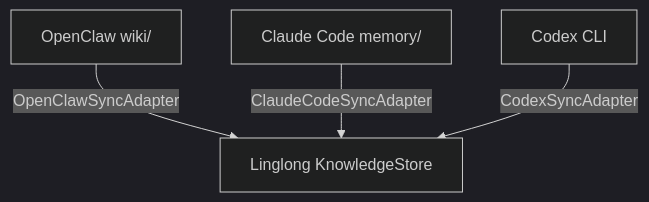
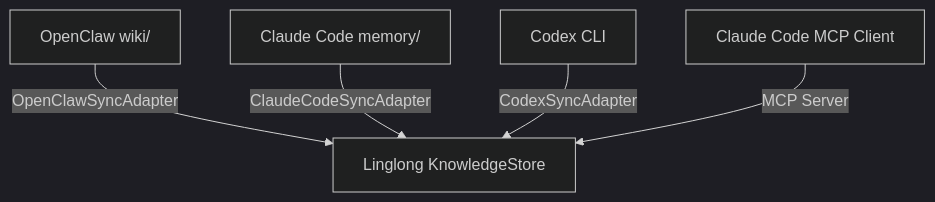
Before and after one commit to xinovate/linglong-knowledge: the sixth of 6 diagrams in docs/architecture.md, drawn with Mermaid (dark theme). The commit also changed other lines of this file and 3 other files, not shown here.

First line of the commit message:
docs: 更新 MCP Server 相关文档（PROJECT_OVERVIEW、api、architecture、doc-map）

````diff
--- a/docs/architecture.md
+++ b/docs/architecture.md
@@ -255,6 +255,7 @@
 ```mermaid
 graph TD
     A[OpenClaw wiki/] -->|OpenClawSyncAdapter| D[Linglong KnowledgeStore]
     B[Claude Code memory/] -->|ClaudeCodeSyncAdapter| D
     C[Codex CLI] -->|CodexSyncAdapter| D
+    E[Claude Code MCP Client] -->|MCP Server| D
 ```
````
